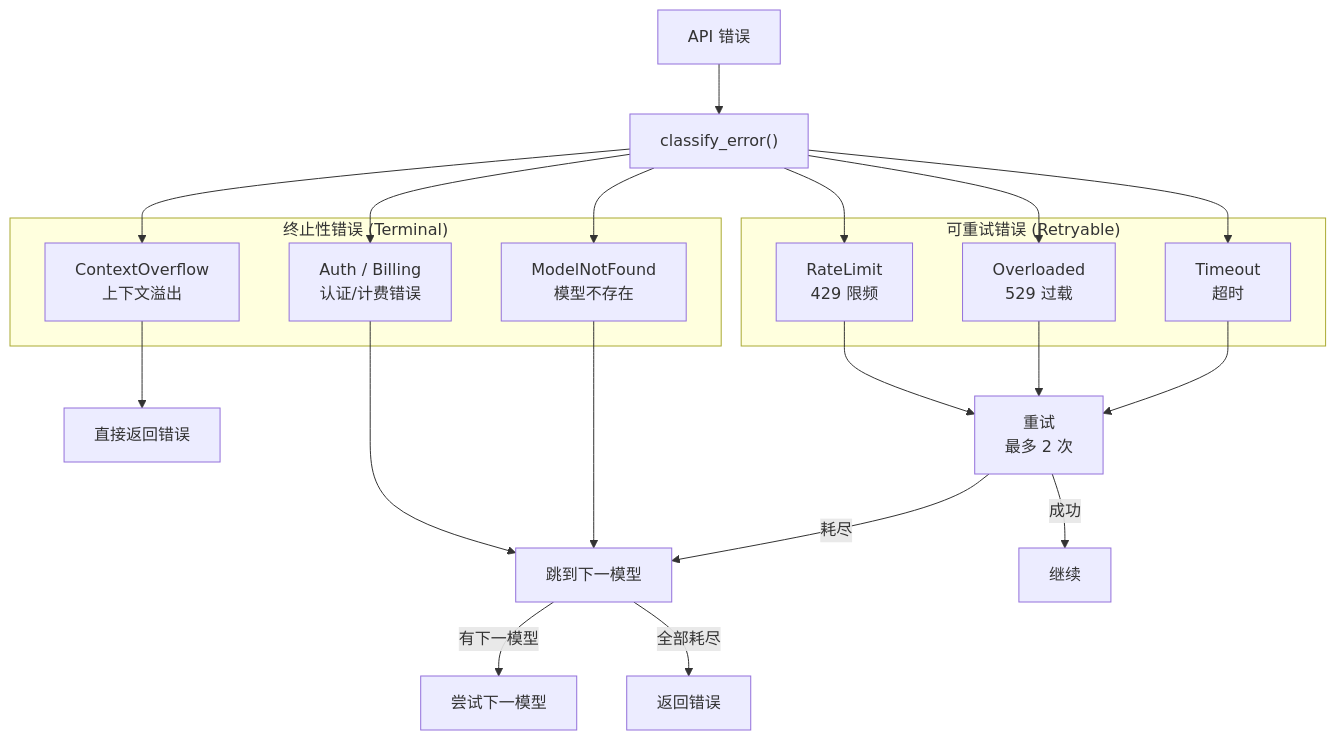
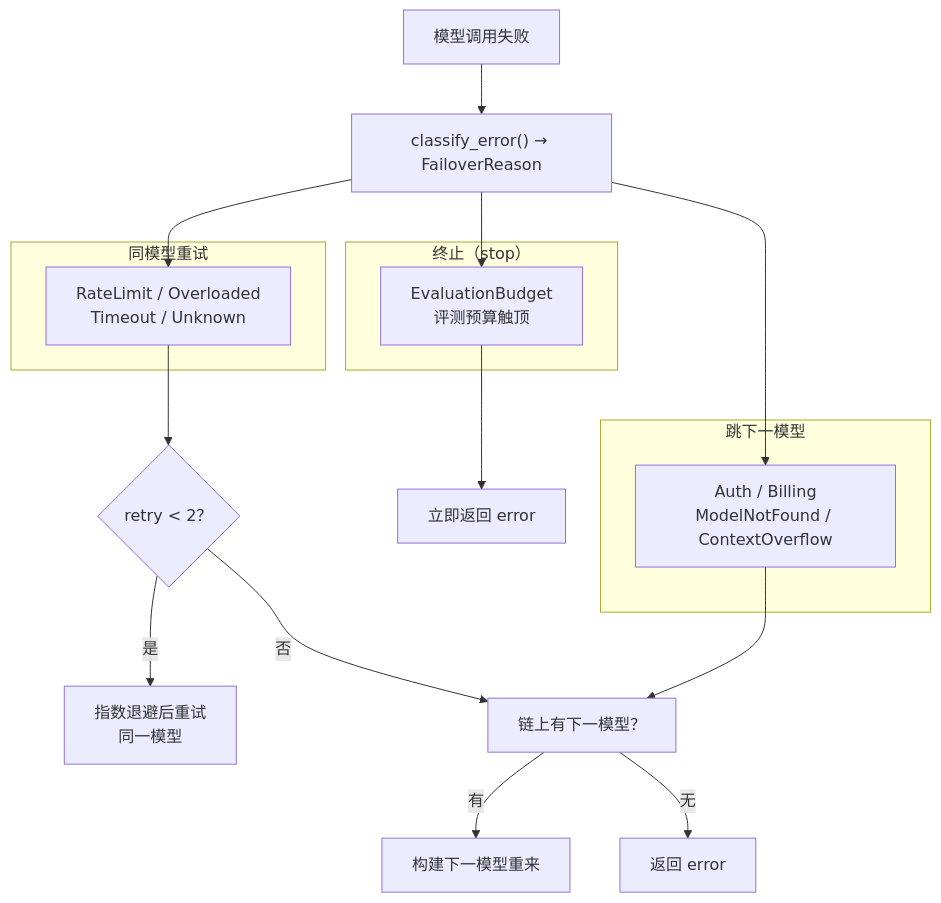
Before and after one commit to shiwenwen/hope-agent: the ninth of 10 diagrams in docs/architecture/acp.md, drawn with Mermaid. The commit also changed other lines of this file and 11 other files, not shown here.

````diff
--- a/docs/architecture/acp.md
+++ b/docs/architecture/acp.md
@@ -409,40 +399,24 @@
 ```mermaid
 flowchart TB
-    ERROR["API 错误"]
-    CLASSIFY["classify_error()"]
+    ERR["模型调用失败"]
+    CLASSIFY["classify_error() → FailoverReason"]
 
-    subgraph "终止性错误 (Terminal)"
-        CTX["ContextOverflow<br/>上下文溢出"]
-        AUTH["Auth / Billing<br/>认证/计费错误"]
-        MNF["ModelNotFound<br/>模型不存在"]
+    subgraph TERM["终止（stop）"]
+        EB["EvaluationBudget<br/>评测预算触顶"]
+    end
+    subgraph RETRY["同模型重试"]
+        RL["RateLimit / Overloaded<br/>Timeout / Unknown"]
+    end
+    subgraph SKIP["跳下一模型"]
+        AU["Auth / Billing<br/>ModelNotFound / ContextOverflow"]
     end
 
-    subgraph "可重试错误 (Retryable)"
-        RL["RateLimit<br/>429 限频"]
-        OL["Overloaded<br/>529 过载"]
-        TO["Timeout<br/>超时"]
-    end
-
-    ERROR --> CLASSIFY
-
-    CLASSIFY --> CTX
-    CLASSIFY --> AUTH
-    CLASSIFY --> MNF
-    CLASSIFY --> RL
-    CLASSIFY --> OL
-    CLASSIFY --> TO
-
-    CTX --> STOP["直接返回错误"]
-    AUTH --> NEXT["跳到下一模型"]
-    MNF --> NEXT
-
-    RL --> RETRY["重试<br/>最多 2 次"]
-    OL --> RETRY
-    TO --> RETRY
-
-    RETRY -- "成功" --> OK["继续"]
-    RETRY -- "耗尽" --> NEXT
-    NEXT -- "有下一模型" --> TRY["尝试下一模型"]
-    NEXT -- "全部耗尽" --> FAIL["返回错误"]
-
+    ERR --> CLASSIFY --> EB & RL & AU
+    EB --> STOP["立即返回 error"]
+    RL --> R1{"retry < 2？"}
+    R1 -- 是 --> BACKOFF["指数退避后重试<br/>同一模型"]
+    R1 -- 否 --> NEXTM
+    AU --> NEXTM["链上有下一模型？"]
+    NEXTM -- 有 --> TRY["构建下一模型重来"]
+    NEXTM -- 无 --> FAIL["返回 error"]
 ```
````
